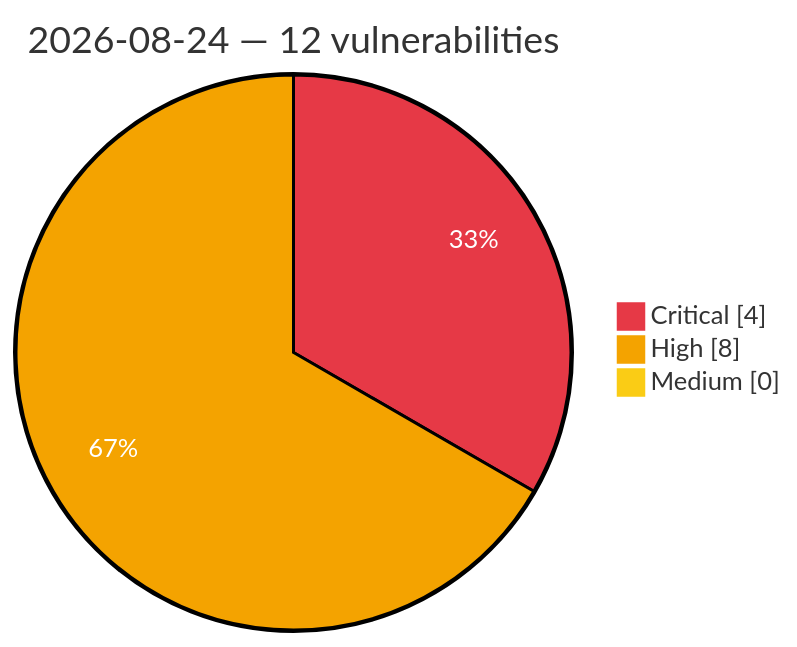
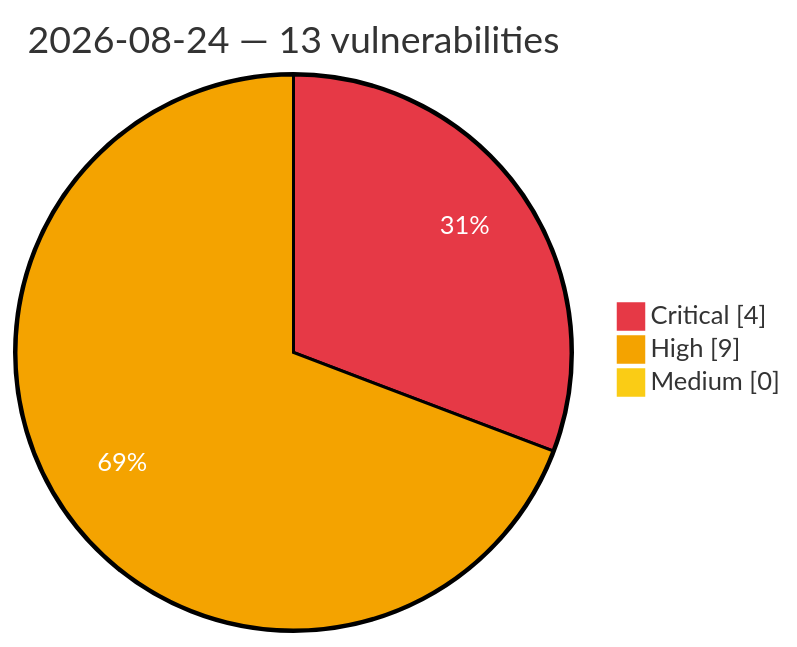
The diagram in vulnerabilities/2026/August/2026-08-24.md (GhostX0X/vuln-tracker), drawn with Mermaid before and after one commit. The commit also changed other lines of this file and 5 other files, not shown here.

````diff
--- a/vulnerabilities/2026/August/2026-08-24.md
+++ b/vulnerabilities/2026/August/2026-08-24.md
@@ -3,8 +3,8 @@
 ```mermaid
 %%{init: {'theme':'base', 'themeVariables': {'pie1':'#e63946', 'pie2':'#f4a300', 'pie3':'#facc15', 'pieOpacity':'1', 'pieOuterStrokeWidth':'2px', 'pieSectionTextColor':'#ffffff'}}}%%
 pie showData
-    title 2026-08-24 — 12 vulnerabilities
+    title 2026-08-24 — 13 vulnerabilities
     "Critical" : 4
-    "High" : 8
+    "High" : 9
     "Medium" : 0
 ```
````
